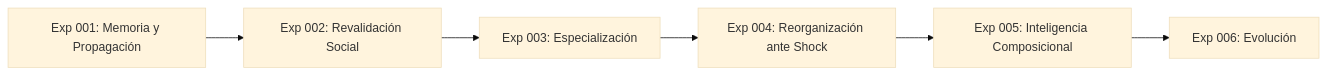
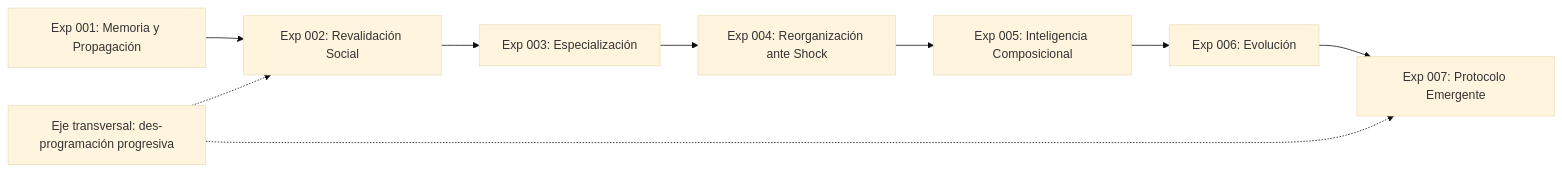
Before and after one commit to Jorge-Guli/IDE: the second of 2 diagrams in DOCUMENTO_FUNDACIONAL.md, drawn with Mermaid (base theme). The commit also changed other lines of this file and 11 other files, not shown here.

First line of the commit message:
Regla de atribución de emergencia y des-programación del protocolo

````diff
--- a/DOCUMENTO_FUNDACIONAL.md
+++ b/DOCUMENTO_FUNDACIONAL.md
@@ -131,8 +134,11 @@
 ```mermaid
 flowchart LR
     E001["Exp 001: Memoria y Propagación"] --> E002["Exp 002: Revalidación Social"]
     E002 --> E003["Exp 003: Especialización"]
     E003 --> E004["Exp 004: Reorganización ante Shock"]
     E004 --> E005["Exp 005: Inteligencia Composicional"]
     E005 --> E006["Exp 006: Evolución"]
+    E006 --> E007["Exp 007: Protocolo Emergente"]
+    D["Eje transversal: des-programación progresiva"] -.-> E002
+    D -.-> E007
 ```
````
